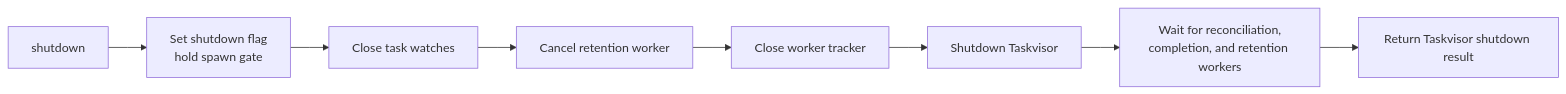
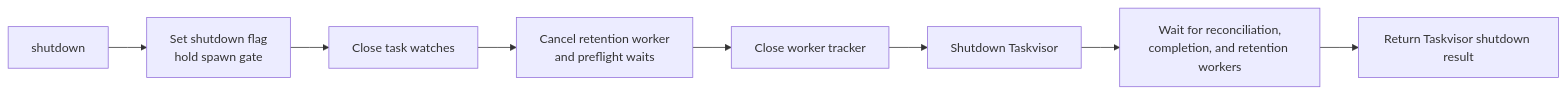
One commit to soltiHQ/sdk changed the eighth of 8 diagrams in crates/solti-core/ARCHITECTURE.md. Above: the diagram before and after it, drawn with Mermaid. The commit also changed other lines of this file and 4 other files, not shown here.

````diff
--- a/crates/solti-core/ARCHITECTURE.md
+++ b/crates/solti-core/ARCHITECTURE.md
@@ -445,20 +446,20 @@
 ```mermaid
 %%{init: {"flowchart": {"curve": "linear"}}}%%
 flowchart LR
     Start["shutdown"]
     Fence["Set shutdown flag<br/>hold spawn gate"]
     Watches["Close task watches"]
-    Retention["Cancel retention worker"]
+    Retention["Cancel retention worker<br/>and preflight waits"]
     Tracker["Close worker tracker"]
     Runtime["Shutdown Taskvisor"]
     Drain["Wait for reconciliation,<br/>completion, and retention workers"]
     Result["Return Taskvisor shutdown result"]
 
     Start --> Fence
     Fence --> Watches
     Watches --> Retention
     Retention --> Tracker
     Tracker --> Runtime
     Runtime --> Drain
     Drain --> Result
 ```
````
